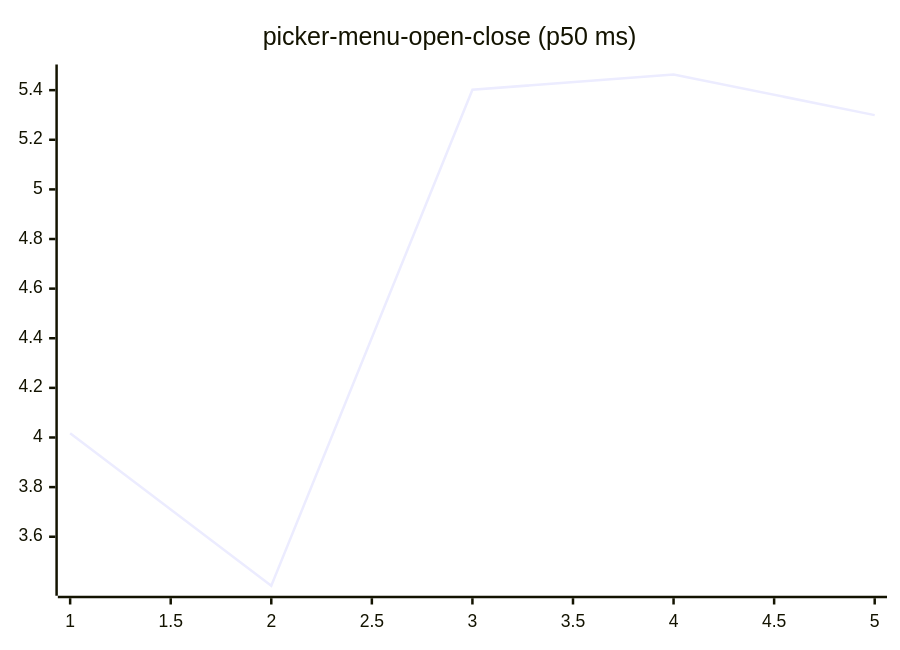
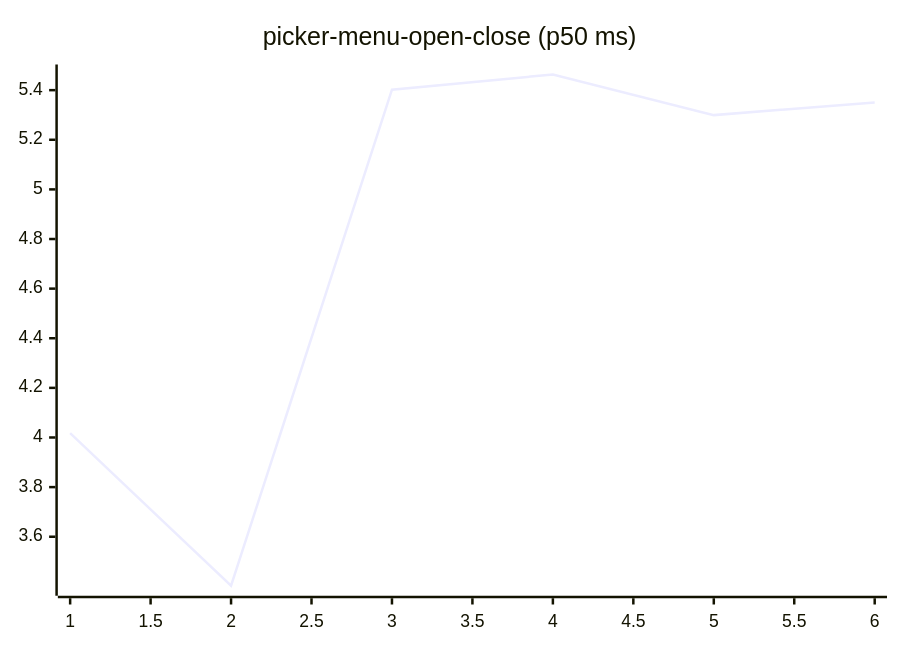
One commit to josha/Facet changed diagram 16 of 27 in README.md. Above: the diagram before and after it, drawn with Mermaid. The commit also changed other lines of this file and 2 other files, not shown here.

````diff
--- a/README.md
+++ b/README.md
@@ -168,6 +168,6 @@
 ```mermaid
 xychart-beta
     title "picker-menu-open-close (p50 ms)"
-    x-axis 1 --> 5
-    line [4.0174, 3.4024, 5.4017, 5.4631, 5.2994]
+    x-axis 1 --> 6
+    line [4.0174, 3.4024, 5.4017, 5.4631, 5.2994, 5.3502]
 ```
````
